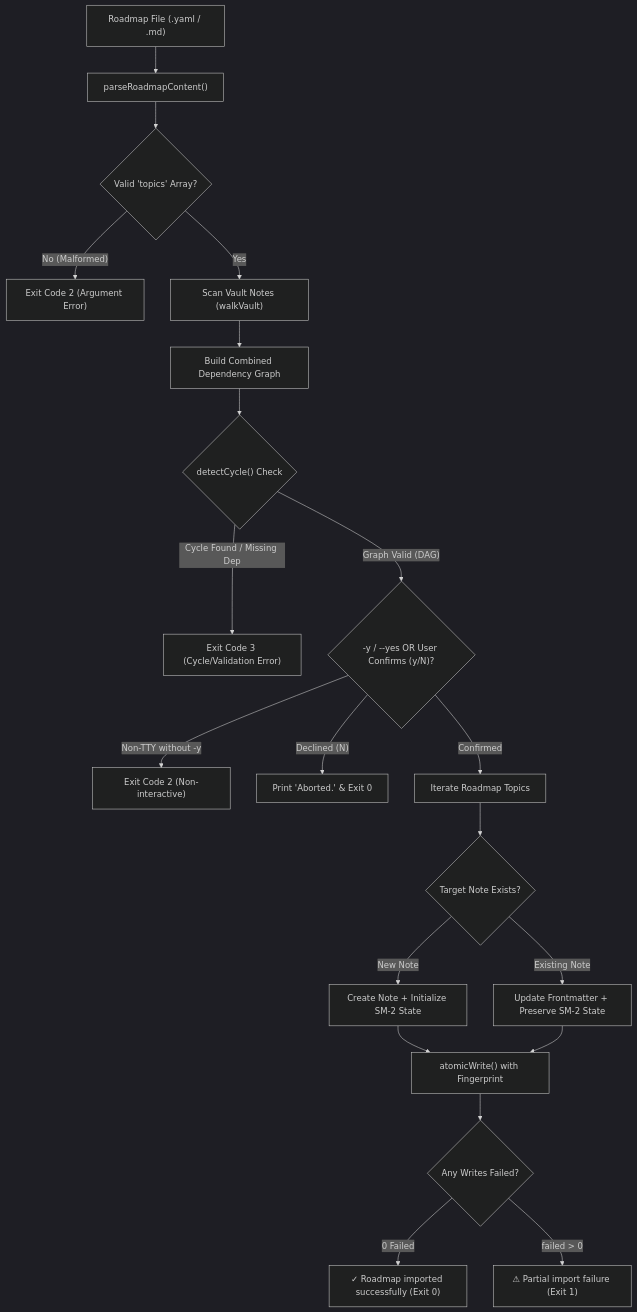
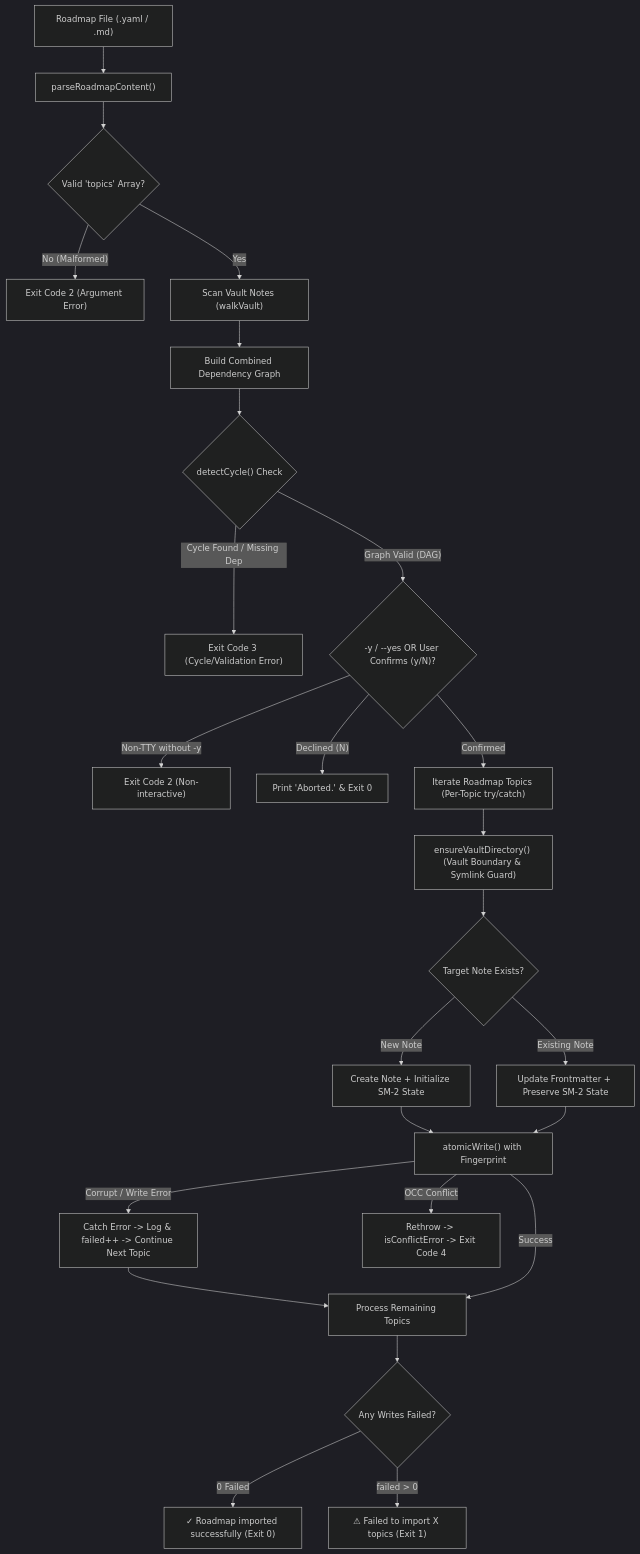
Before and after one commit to Kuldeep2822k/cli: the second of 2 diagrams in docs/02-1-topic-management-commands.md, drawn with Mermaid (dark theme). The commit also changed other lines of this file and 35 other files, not shown here.

````diff
--- a/docs/02-1-topic-management-commands.md
+++ b/docs/02-1-topic-management-commands.md
@@ -220,27 +231,33 @@
 ```mermaid
 flowchart TD
     RoadmapFile["Roadmap File (.yaml / .md)"] --> Parser["parseRoadmapContent()"]
     Parser --> ValidStruct{"Valid 'topics' Array?"}
     
     ValidStruct -->|"No (Malformed)"| ErrStruct["Exit Code 2 (Argument Error)"]
     ValidStruct -->|"Yes"| WalkExisting["Scan Vault Notes (walkVault)"]
     
     WalkExisting --> GraphBuild["Build Combined Dependency Graph"]
     GraphBuild --> CycleCheck{"detectCycle() Check"}
     
     CycleCheck -->|"Cycle Found / Missing Dep"| ErrCycle["Exit Code 3 (Cycle/Validation Error)"]
     CycleCheck -->|"Graph Valid (DAG)"| PromptCheck{"-y / --yes OR User Confirms (y/N)?"}
     
     PromptCheck -->|"Non-TTY without -y"| ErrTTY["Exit Code 2 (Non-interactive)"]
     PromptCheck -->|"Declined (N)"| Abort["Print 'Aborted.' & Exit 0"]
-    PromptCheck -->|"Confirmed"| ImportLoop["Iterate Roadmap Topics"]
+    PromptCheck -->|"Confirmed"| ImportLoop["Iterate Roadmap Topics (Per-Topic try/catch)"]
     
-    ImportLoop --> PathCheck{"Target Note Exists?"}
+    ImportLoop --> DirCheck["ensureVaultDirectory() (Vault Boundary & Symlink Guard)"]
+    DirCheck --> PathCheck{"Target Note Exists?"}
     PathCheck -->|"New Note"| CreateNote["Create Note + Initialize SM-2 State"]
     PathCheck -->|"Existing Note"| UpdateNote["Update Frontmatter + Preserve SM-2 State"]
     
     CreateNote & UpdateNote --> AtomicOp["atomicWrite() with Fingerprint"]
-    AtomicOp --> FinalResult{"Any Writes Failed?"}
+    AtomicOp -->|"Corrupt / Write Error"| CatchErr["Catch Error -> Log & failed++ -> Continue Next Topic"]
+    AtomicOp -->|"OCC Conflict"| ErrOCC["Rethrow -> isConflictError -> Exit Code 4"]
+    CatchErr --> NextTopic["Process Remaining Topics"]
+    NextTopic --> FinalResult{"Any Writes Failed?"}
+    AtomicOp -->|"Success"| NextTopic
+    
     FinalResult -->|"0 Failed"| Success["✓ Roadmap imported successfully (Exit 0)"]
-    FinalResult -->|"failed > 0"| PartialFail["⚠ Partial import failure (Exit 1)"]
+    FinalResult -->|"failed > 0"| PartialFail["⚠ Failed to import X topics (Exit 1)"]
 ```
````
